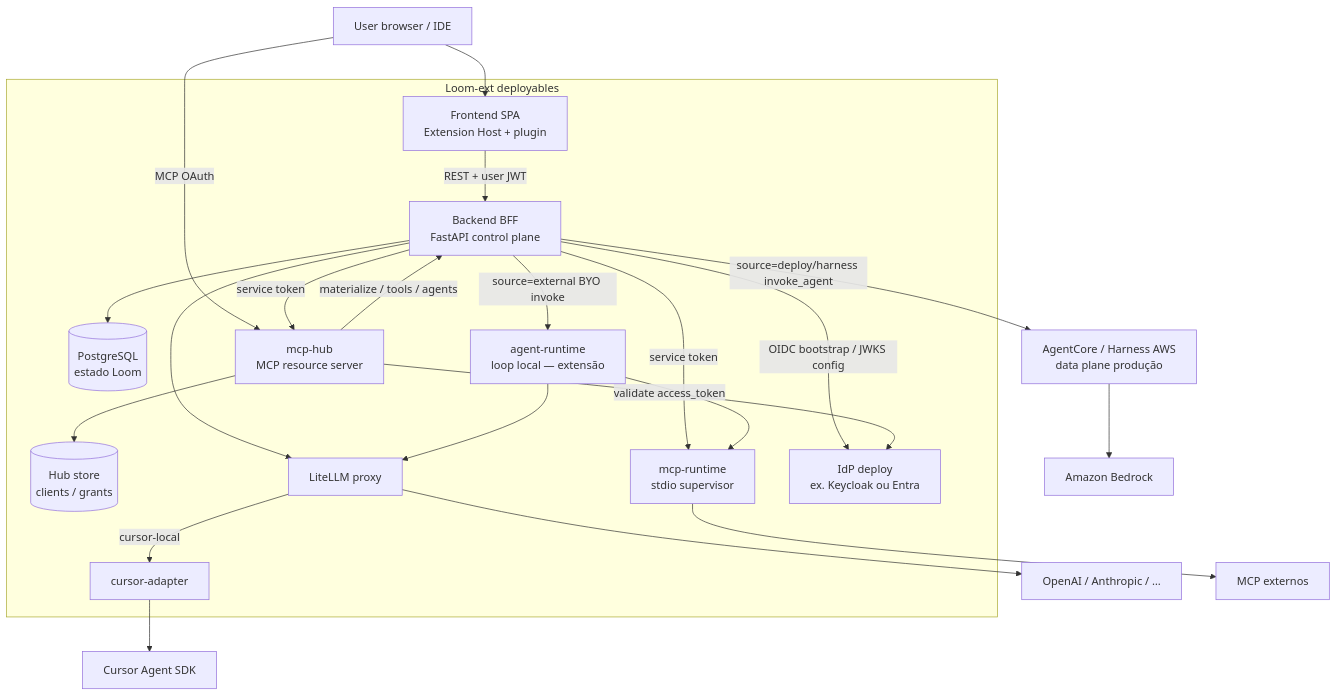
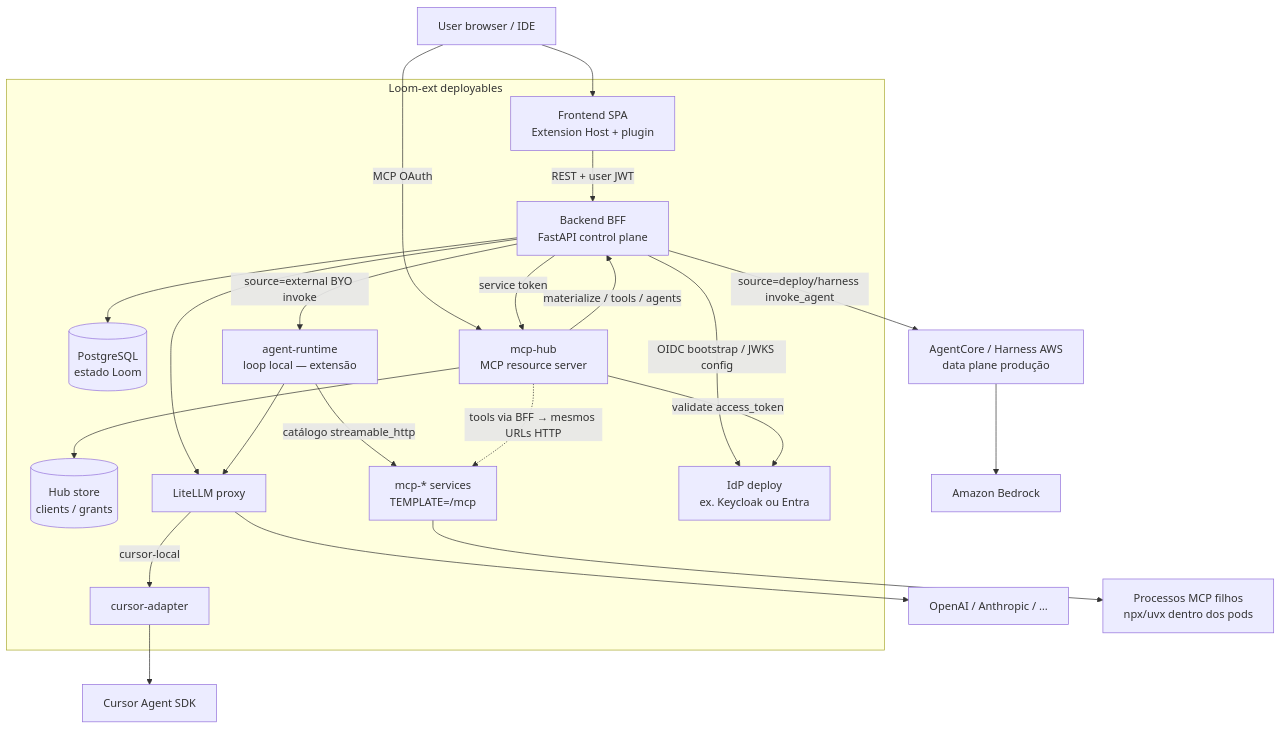
Before and after one commit to jsmesquita/loom-ext: the second of 8 diagrams in local-runtime/docs/guide/architecture.md, drawn with Mermaid. The commit also changed other lines of this file and 64 other files, not shown here.

First line of the commit message:
Isolate MCP hosts as TEMPLATE=/mcp services and drop stdio from Loom Core.

````diff
--- a/local-runtime/docs/guide/architecture.md
+++ b/local-runtime/docs/guide/architecture.md
@@ -77,44 +77,44 @@
 ```mermaid
 flowchart TB
   USER[User browser / IDE]
 
   subgraph LoomExt[Loom-ext deployables]
     FE[Frontend SPA<br/>Extension Host + plugin]
     BE[Backend BFF<br/>FastAPI control plane]
     PG[(PostgreSQL<br/>estado Loom)]
     HUB[mcp-hub<br/>MCP resource server]
     HSTORE[(Hub store<br/>clients / grants)]
-    MCPR[mcp-runtime<br/>stdio supervisor]
+    MCPR[mcp-* services<br/>TEMPLATE=/mcp]
     AR[agent-runtime<br/>loop local — extensão]
     CA[cursor-adapter]
     LL[LiteLLM proxy]
     IDPL[IdP deploy<br/>ex. Keycloak ou Entra]
   end
 
   AC[AgentCore / Harness AWS<br/>data plane produção]
   BR[Amazon Bedrock]
   PROV[OpenAI / Anthropic / …]
-  MCPX[MCP externos]
+  MCPX[Processos MCP filhos<br/>npx/uvx dentro dos pods]
   CURSOR[Cursor Agent SDK]
 
   USER --> FE
   USER -->|MCP OAuth| HUB
   FE -->|REST + user JWT| BE
   BE --> PG
   BE -->|OIDC bootstrap / JWKS config| IDPL
   BE -->|service token| HUB
-  BE -->|service token| MCPR
   BE -->|source=external BYO invoke| AR
   BE -->|source=deploy/harness invoke_agent| AC
   BE --> LL
   HUB -->|materialize / tools / agents| BE
   HUB --> HSTORE
   HUB -->|validate access_token| IDPL
   AR --> LL
-  AR --> MCPR
+  AR -->|catálogo streamable_http| MCPR
+  HUB -.->|tools via BFF → mesmos URLs HTTP| MCPR
   AC --> BR
   LL --> PROV
   LL -->|cursor-local| CA
   CA --> CURSOR
   MCPR --> MCPX
 ```
````
